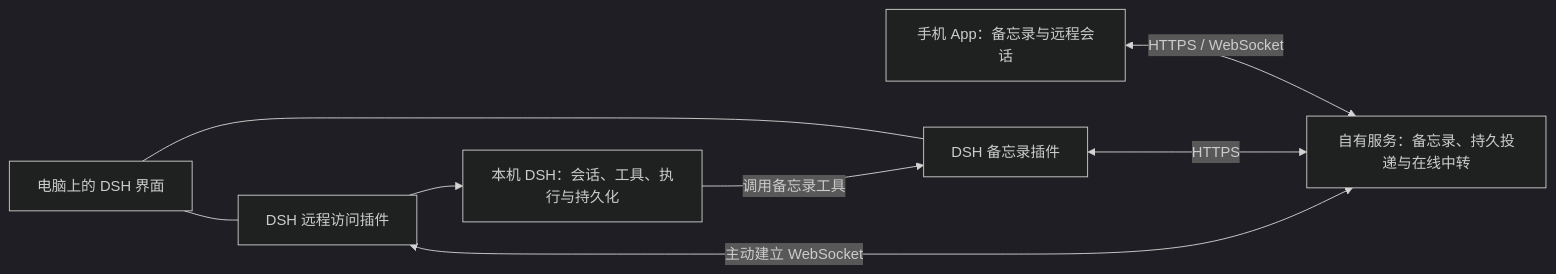
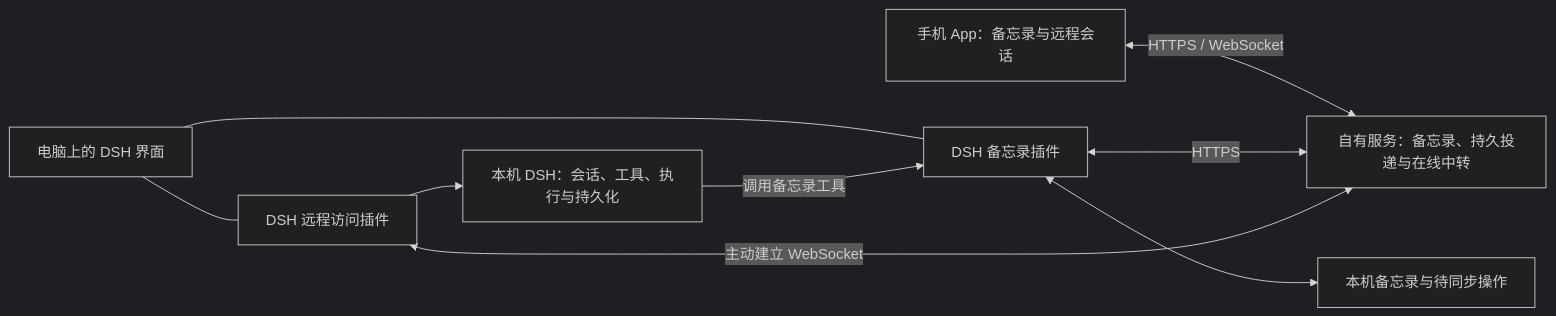
The diagram in ARCHITECTURE.md (Hcshenziyang/dogo), drawn with Mermaid (dark theme) before and after one commit. The commit also changed other lines of this file and 94 other files, not shown here.

````diff
--- a/ARCHITECTURE.md
+++ b/ARCHITECTURE.md
@@ -15,10 +40,11 @@
 ```mermaid
 flowchart LR
   M[手机 App：备忘录与远程会话] <-->|HTTPS / WebSocket| S[自有服务：备忘录、持久投递与在线中转]
   N[DSH 备忘录插件] <-->|HTTPS| S
+  N <--> L[本机备忘录与待同步操作]
   R[DSH 远程访问插件] <-->|主动建立 WebSocket| S
   U[电脑上的 DSH 界面] --- N
   U --- R
   R --> D[本机 DSH：会话、工具、执行与持久化]
   D -->|调用备忘录工具| N
 ```
````
